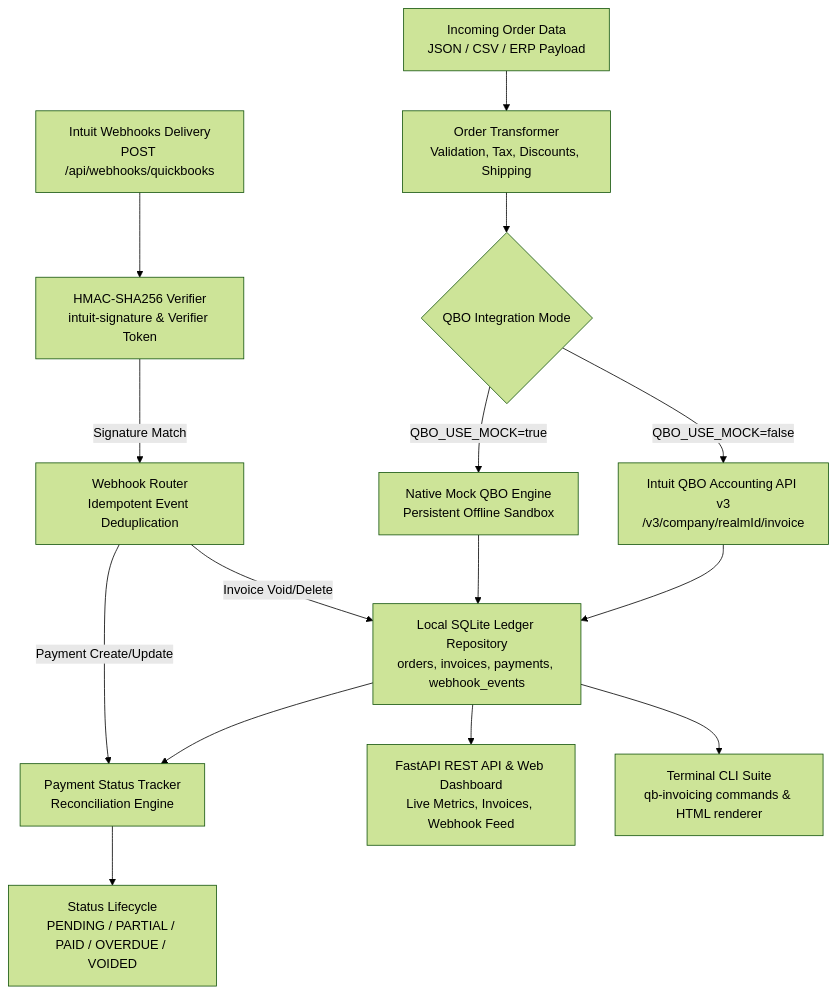
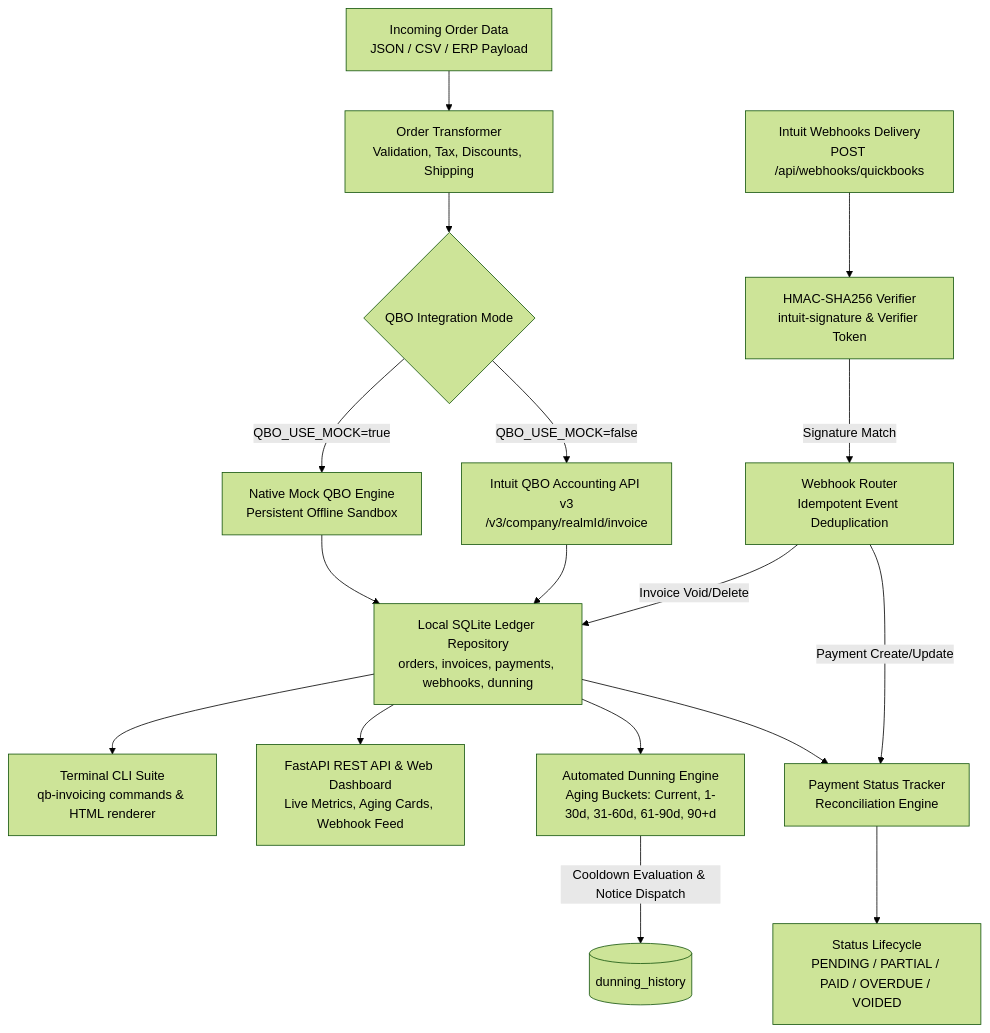
One commit to breakingthebot/quickbooks-invoice-generator-build131 changed the first of 2 diagrams in README.md. Above: the diagram before and after it, drawn with Mermaid (forest theme). The commit also changed other lines of this file and 14 other files, not shown here.

Commit message:
feat: automated dunning escalation engine, AR aging schedule & interactive UI (v1.2.0)

````diff
--- a/README.md
+++ b/README.md
@@ -15,18 +15,22 @@
 ```mermaid
 flowchart TD
     A[Incoming Order Data<br>JSON / CSV / ERP Payload] --> B[Order Transformer<br>Validation, Tax, Discounts, Shipping]
     B --> C{QBO Integration Mode}
     C -->|QBO_USE_MOCK=false| D[Intuit QBO Accounting API v3<br>/v3/company/realmId/invoice]
     C -->|QBO_USE_MOCK=true| E[Native Mock QBO Engine<br>Persistent Offline Sandbox]
-    D --> F[Local SQLite Ledger Repository<br>orders, invoices, payments, webhook_events]
+    D --> F[Local SQLite Ledger Repository<br>orders, invoices, payments, webhooks, dunning]
     E --> F
     F --> G[Payment Status Tracker<br>Reconciliation Engine]
     G --> H[Status Lifecycle<br>PENDING / PARTIAL / PAID / OVERDUE / VOIDED]
 
     W[Intuit Webhooks Delivery<br>POST /api/webhooks/quickbooks] --> V[HMAC-SHA256 Verifier<br>intuit-signature & Verifier Token]
     V -->|Signature Match| X[Webhook Router<br>Idempotent Event Deduplication]
     X -->|Payment Create/Update| G
     X -->|Invoice Void/Delete| F
-    F --> Y[FastAPI REST API & Web Dashboard<br>Live Metrics, Invoices, Webhook Feed]
+
+    F --> DE[Automated Dunning Engine<br>Aging Buckets: Current, 1-30d, 31-60d, 61-90d, 90+d]
+    DE -->|Cooldown Evaluation & Notice Dispatch| DH[(dunning_history)]
+
+    F --> Y[FastAPI REST API & Web Dashboard<br>Live Metrics, Aging Cards, Webhook Feed]
     F --> I[Terminal CLI Suite<br>qb-invoicing commands & HTML renderer]
 ```
````
